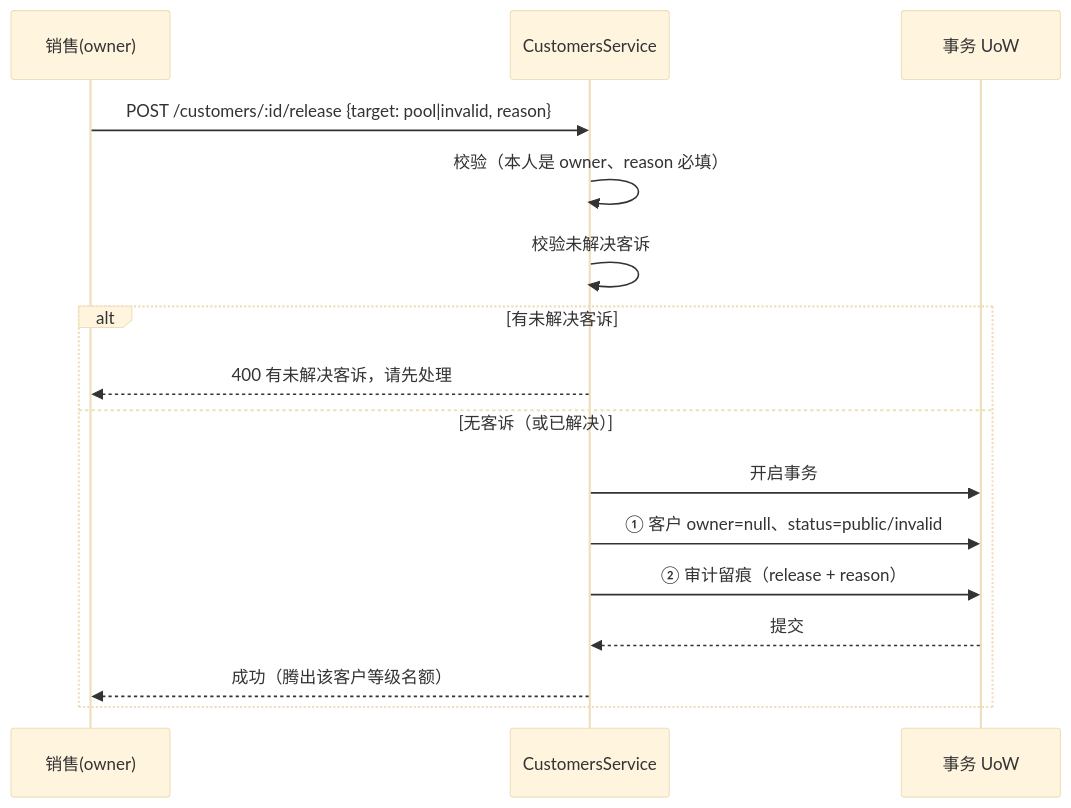
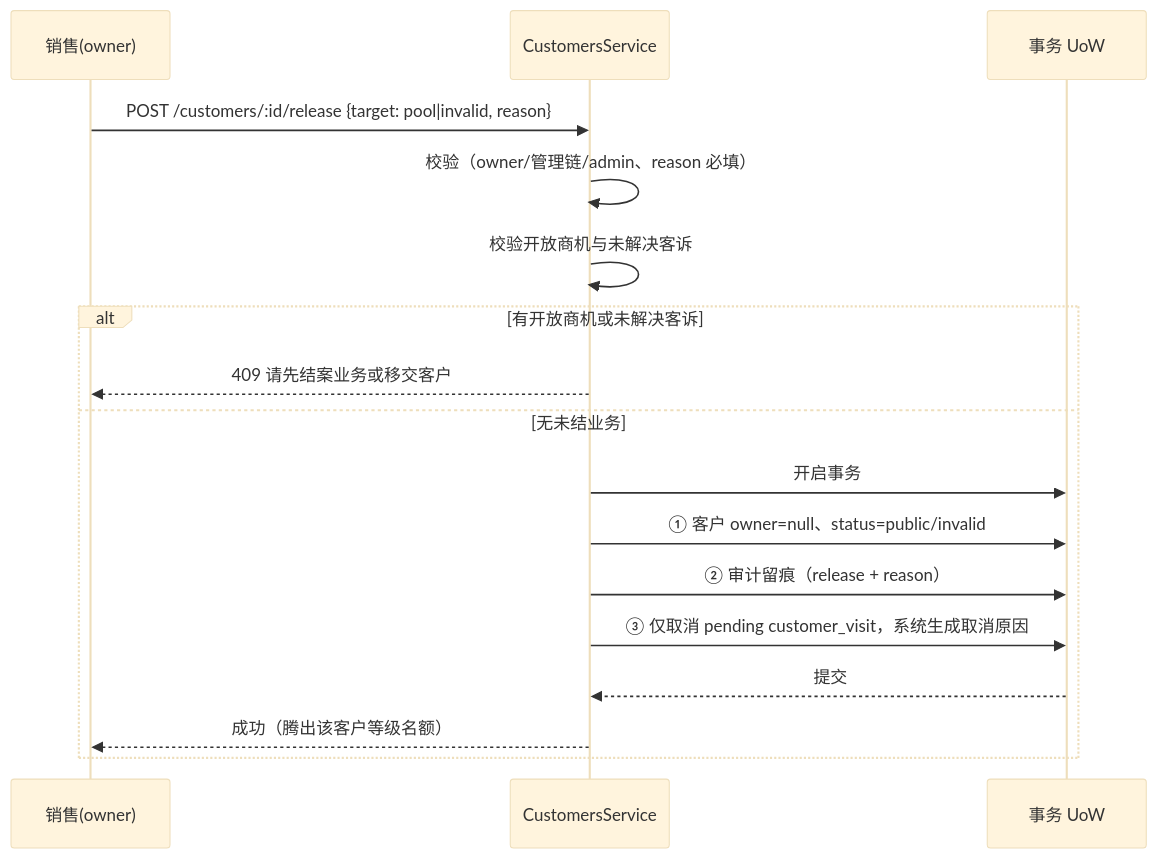
Before and after one commit to lixiname/LITECRM: diagram 13 of 26 in docs/重构架构决策与实施蓝图.md, drawn with Mermaid (base theme). The commit also changed other lines of this file and 24 other files, not shown here.

````diff
--- a/docs/重构架构决策与实施蓝图.md
+++ b/docs/重构架构决策与实施蓝图.md
@@ -1001,18 +1001,19 @@
 ```mermaid
 sequenceDiagram
     participant S as 销售(owner)
     participant C as CustomersService
     participant T as 事务 UoW
     S->>C: POST /customers/:id/release {target: pool|invalid, reason}
-    C->>C: 校验（本人是 owner、reason 必填）
-    C->>C: 校验未解决客诉
-    alt 有未解决客诉
-        C-->>S: 400 有未解决客诉，请先处理
-    else 无客诉（或已解决）
+    C->>C: 校验（owner/管理链/admin、reason 必填）
+    C->>C: 校验开放商机与未解决客诉
+    alt 有开放商机或未解决客诉
+        C-->>S: 409 请先结案业务或移交客户
+    else 无未结业务
         C->>T: 开启事务
         C->>T: ① 客户 owner=null、status=public/invalid
         C->>T: ② 审计留痕（release + reason）
+        C->>T: ③ 仅取消 pending customer_visit，系统生成取消原因
         T-->>C: 提交
         C-->>S: 成功（腾出该客户等级名额）
     end
 ```
````
